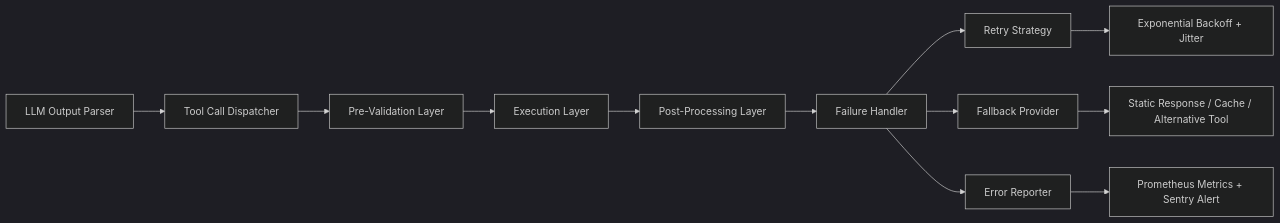
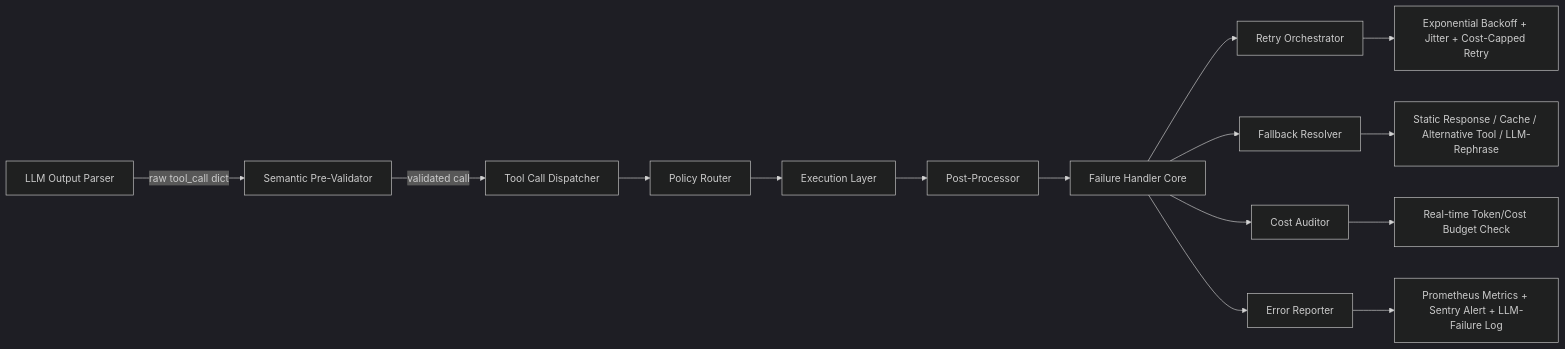
Before and after one commit to liuwei1993/ai-llm-agent-knowledge: the diagram in 06-Agent开发框架/工具调用失败处理.md, drawn with Mermaid (dark theme). The commit also changed other lines of this file and 1 other file, not shown here.

````diff
--- a/06-Agent开发框架/工具调用失败处理.md
+++ b/06-Agent开发框架/工具调用失败处理.md
@@ -41,14 +59,17 @@
 ```mermaid
 graph LR
-A[LLM Output Parser] --> B[Tool Call Dispatcher]
-B --> C[Pre-Validation Layer]
-C --> D[Execution Layer]
-D --> E[Post-Processing Layer]
-E --> F[Failure Handler]
-F --> G[Retry Strategy]
-F --> H[Fallback Provider]
-F --> I[Error Reporter]
-G --> J[Exponential Backoff + Jitter]
-H --> K[Static Response / Cache / Alternative Tool]
-I --> L[Prometheus Metrics + Sentry Alert]
+A[LLM Output Parser] -->|raw tool_call dict| B[Semantic Pre-Validator]
+B -->|validated call| C[Tool Call Dispatcher]
+C --> D[Policy Router]
+D --> E[Execution Layer]
+E --> F[Post-Processor]
+F --> G[Failure Handler Core]
+G --> H[Retry Orchestrator]
+G --> I[Fallback Resolver]
+G --> J[Cost Auditor]
+G --> K[Error Reporter]
+H --> L[Exponential Backoff + Jitter + Cost-Capped Retry]
+I --> M[Static Response / Cache / Alternative Tool / LLM-Rephrase]
+J --> N[Real-time Token/Cost Budget Check]
+K --> O[Prometheus Metrics + Sentry Alert + LLM-Failure Log]
 ```
````
